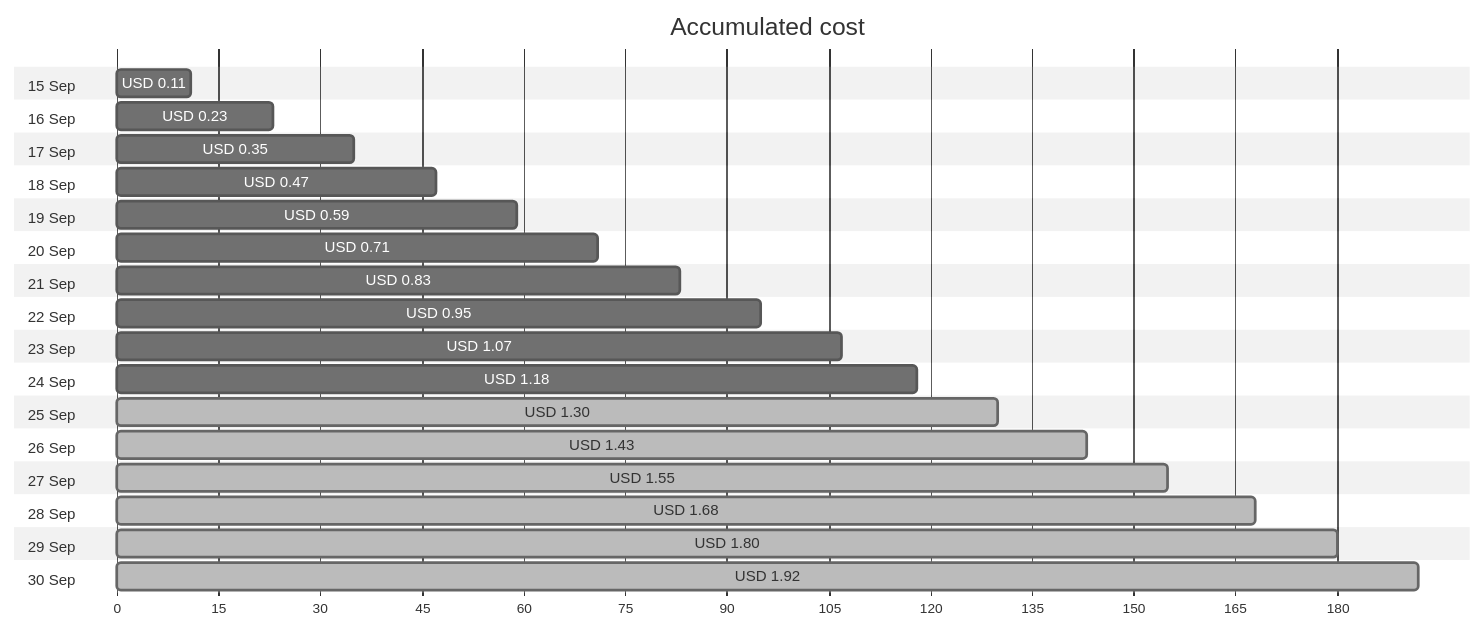
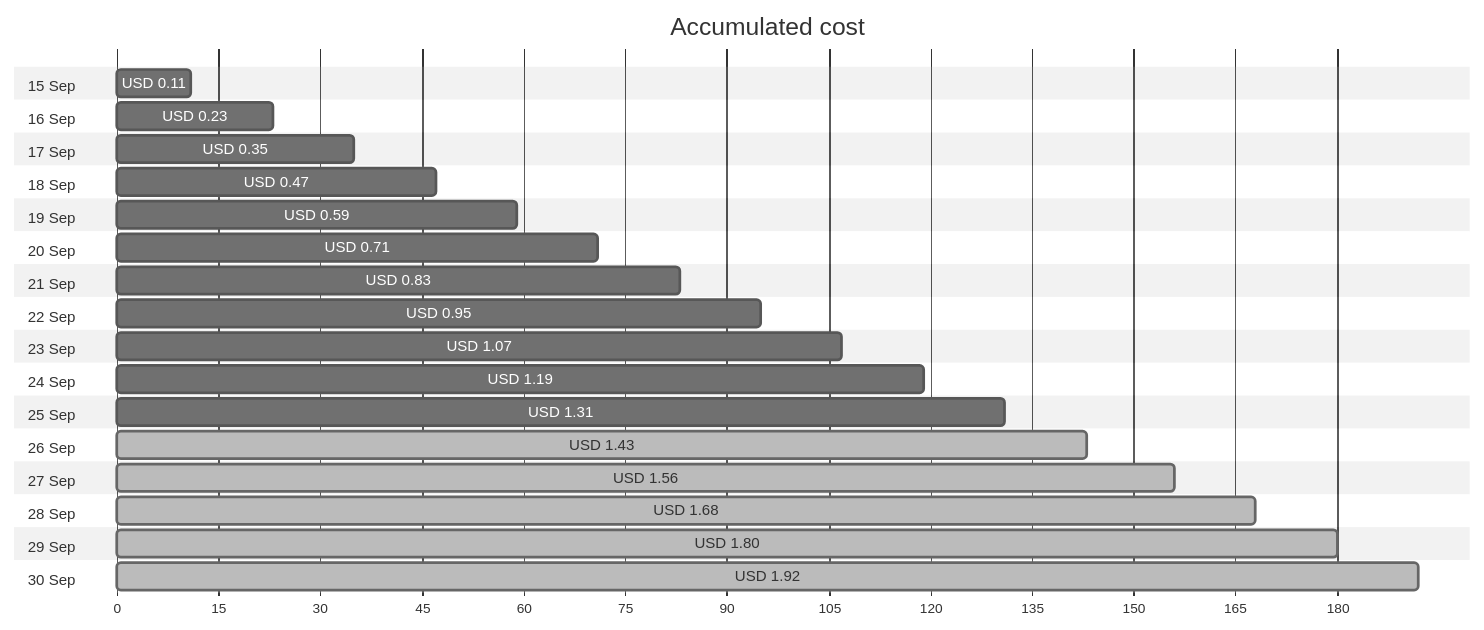
One commit to jpfulton/azure-personal-reports changed the first of 4 diagrams in cost-reports/personal-network/vpn-server-public-ip.md. Above: the diagram before and after it, drawn with Mermaid (neutral theme). The commit also changed other lines of this file and 9 other files, not shown here.

````diff
--- a/cost-reports/personal-network/vpn-server-public-ip.md
+++ b/cost-reports/personal-network/vpn-server-public-ip.md
@@ -20,38 +20,38 @@
 ```mermaid
 gantt
    title Accumulated cost
    dateFormat  X
    axisFormat %s
    section 15 Sep
    USD 0.11 :0, 11
    section 16 Sep
    USD 0.23 :0, 23
    section 17 Sep
    USD 0.35 :0, 35
    section 18 Sep
    USD 0.47 :0, 47
    section 19 Sep
    USD 0.59 :0, 59
    section 20 Sep
    USD 0.71 :0, 71
    section 21 Sep
    USD 0.83 :0, 83
    section 22 Sep
    USD 0.95 :0, 95
    section 23 Sep
    USD 1.07 :0, 107
    section 24 Sep
-   USD 1.18 :0, 118
+   USD 1.19 :0, 119
    section 25 Sep
-   USD 1.30 : done, 0, 130
+   USD 1.31 :0, 131
    section 26 Sep
    USD 1.43 : done, 0, 143
    section 27 Sep
-   USD 1.55 : done, 0, 155
+   USD 1.56 : done, 0, 156
    section 28 Sep
    USD 1.68 : done, 0, 168
    section 29 Sep
    USD 1.80 : done, 0, 180
    section 30 Sep
    USD 1.92 : done, 0, 192
 ```
````
